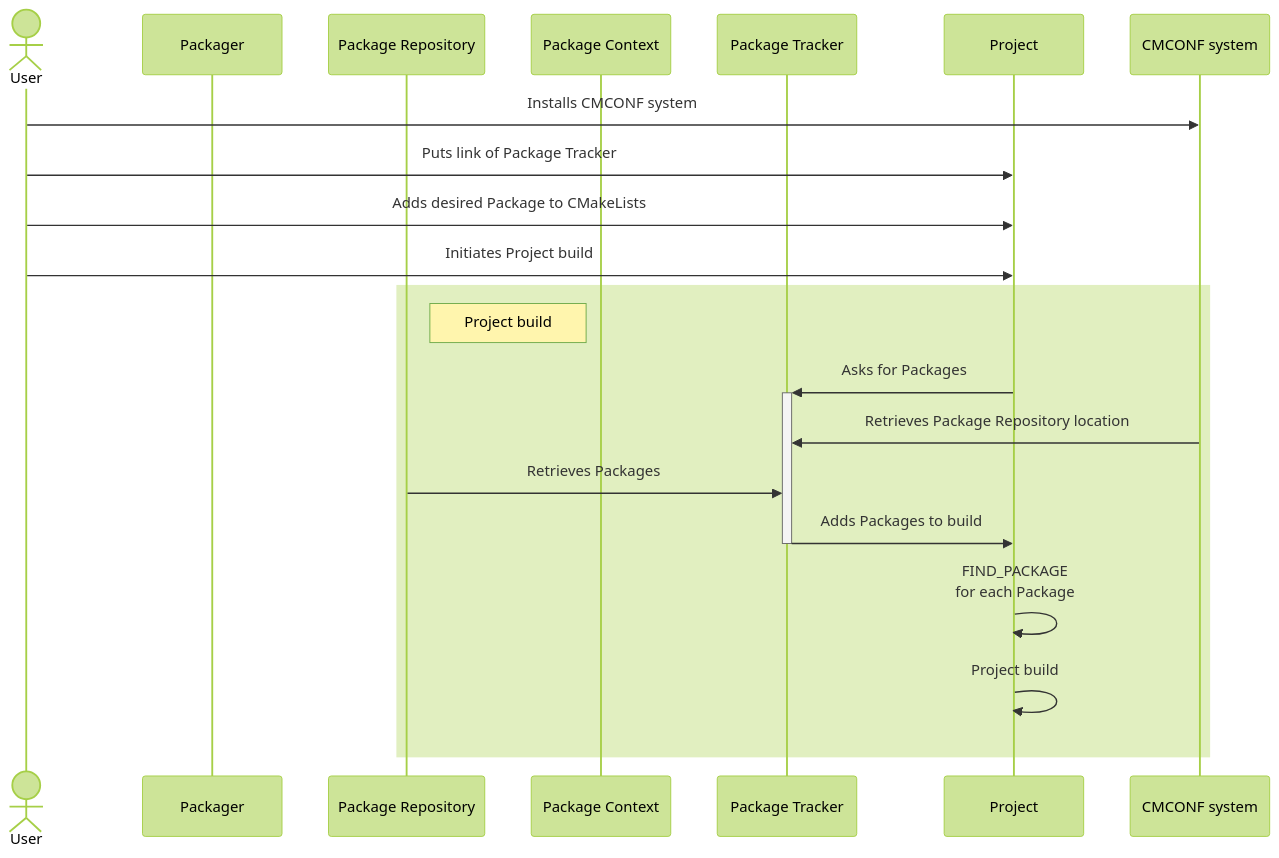
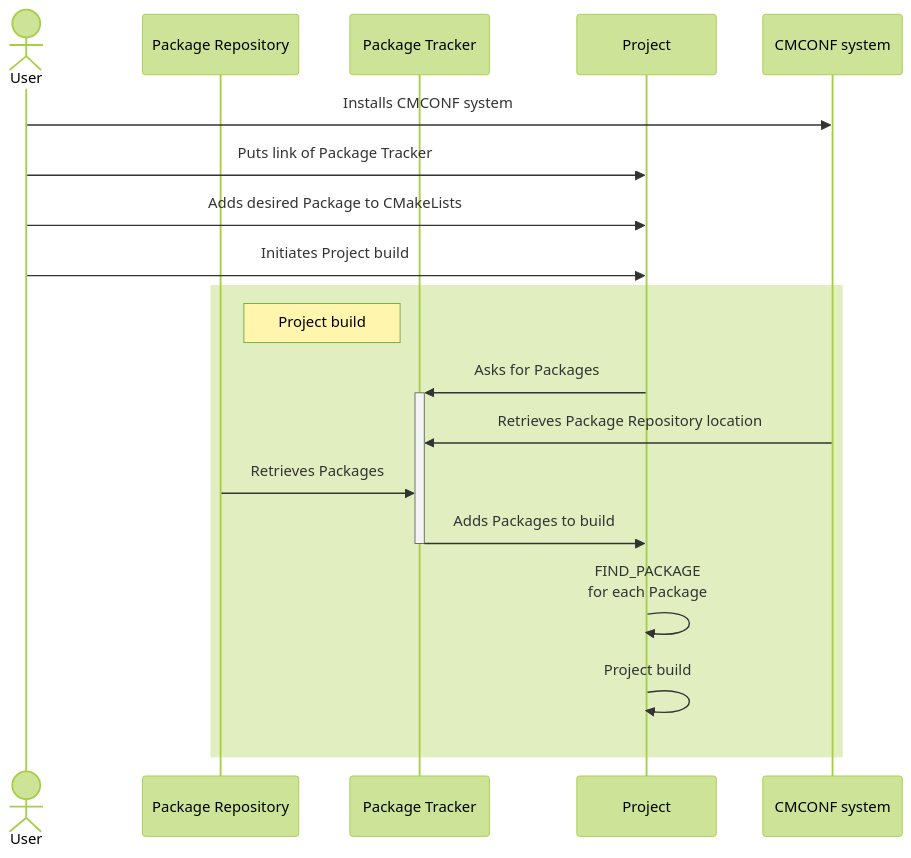
One commit to bacpack-system/bacpack-system.github.io changed the fifth of 5 diagrams in docs/use_cases.md. Above: the diagram before and after it, drawn with Mermaid (forest theme). The commit also changed other lines of this file, not shown here.

````diff
--- a/docs/use_cases.md
+++ b/docs/use_cases.md
@@ -105,24 +96,22 @@
 ```mermaid
 sequenceDiagram
   actor User
-  participant Packager
   participant Package Repository
-  participant Package Context
   participant Package Tracker
   participant Project
   participant CMCONF system
 
   User->>CMCONF system: Installs CMCONF system
   User->>Project: Puts link of Package Tracker
   User->>Project: Adds desired Package to CMakeLists
   User->>Project: Initiates Project build
   rect
     Note right of Package Repository: Project build
     Project->>+Package Tracker: Asks for Packages
     CMCONF system->>Package Tracker: Retrieves Package Repository location
     Package Repository->>Package Tracker: Retrieves Packages
     Package Tracker->>-Project: Adds Packages to build
     Project->>Project: FIND_PACKAGE<br>for each Package
     Project->>Project: Project build
   end
 ```
````
